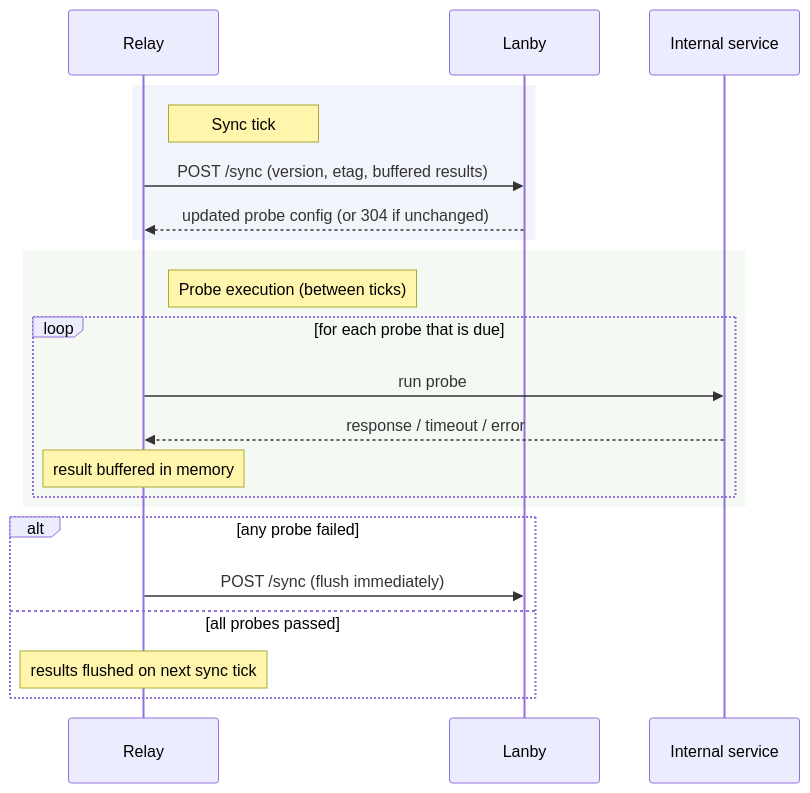
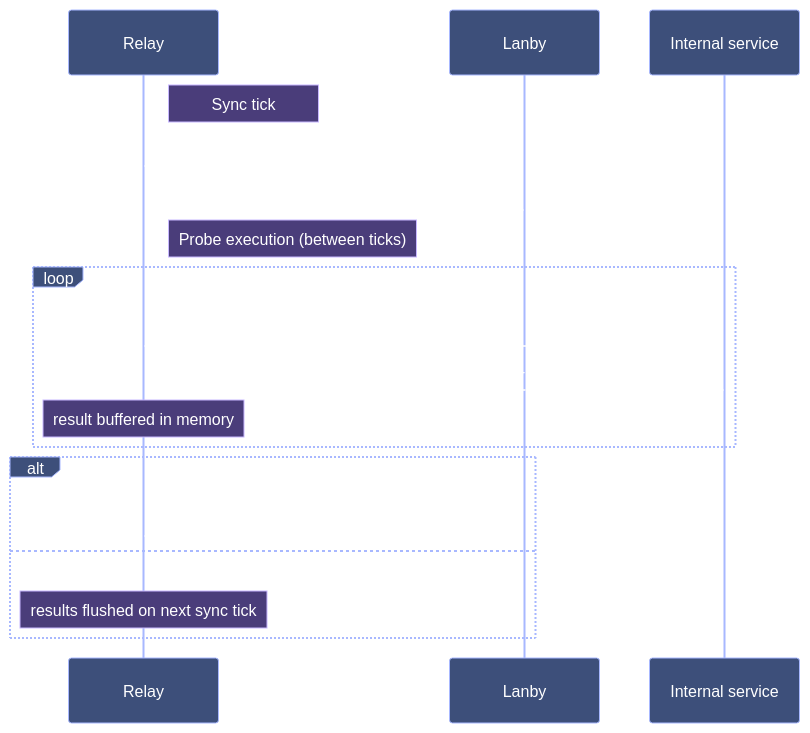
The diagram in docs/relays.md (lanby-dev/lanby-docs), drawn with Mermaid before and after one commit.

Commit message:
Fix diagrams

````diff
--- a/docs/relays.md
+++ b/docs/relays.md
@@ -15,27 +15,43 @@
 ```mermaid
+%%{init: {'theme':'base', 'themeVariables': {
+  'background': '#1a1a2e',
+  'primaryColor': '#3d4f7a',
+  'primaryBorderColor': '#a8b8ff',
+  'primaryTextColor': '#ffffff',
+  'lineColor': '#ffffff',
+  'signalColor': '#ffffff',
+  'signalTextColor': '#ffffff',
+  'actorBorder': '#a8b8ff',
+  'actorBkg': '#3d4f7a',
+  'actorTextColor': '#ffffff',
+  'actorLineColor': '#a8b8ff',
+  'noteBkgColor': '#4a3d7a',
+  'noteBorderColor': '#c8b8ff',
+  'noteTextColor': '#ffffff',
+  'labelTextColor': '#ffffff',
+  'loopTextColor': '#ffffff',
+  'activationBorderColor': '#a8b8ff',
+  'activationBkgColor': '#3d4f7a'
+}}}%%
 sequenceDiagram
     participant R as Relay
     participant L as Lanby
     participant S as Internal service
 
-    rect rgba(80,120,200,0.08)
-        note right of R: Sync tick
-        R->>L: POST /sync (version, etag, buffered results)
-        L-->>R: updated probe config (or 304 if unchanged)
-    end
+    note right of R: Sync tick
+    R->>L: POST /sync (version, etag, buffered results)
+    L-->>R: updated probe config (or 304 if unchanged)
 
-    rect rgba(120,180,120,0.08)
-        note right of R: Probe execution (between ticks)
-        loop for each probe that is due
-            R->>S: run probe
-            S-->>R: response / timeout / error
-            note over R: result buffered in memory
-        end
+    note right of R: Probe execution (between ticks)
+    loop for each probe that is due
+        R->>S: run probe
+        S-->>R: response / timeout / error
+        note over R: result buffered in memory
     end
 
     alt any probe failed
         R->>L: POST /sync (flush immediately)
     else all probes passed
         note over R: results flushed on next sync tick
     end
 ```
````
